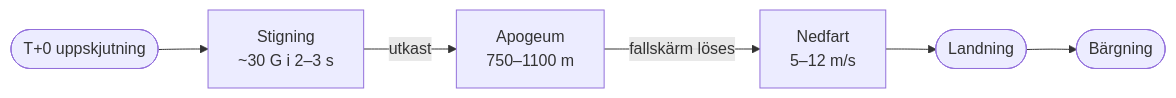
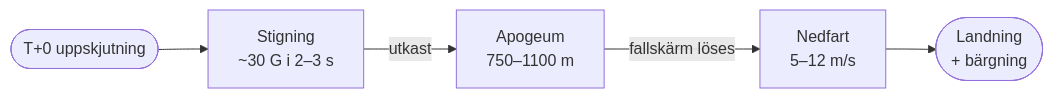
Before and after one commit to oskuhansson/can-sat: the diagram in dokument/CANSAT-GRUND.md, drawn with Mermaid. The commit also changed 4 other files, not shown here.

````diff
--- a/dokument/CANSAT-GRUND.md
+++ b/dokument/CANSAT-GRUND.md
@@ -34,14 +34,12 @@
 ```mermaid
 flowchart LR
     T0(["T+0 uppskjutning"])
     BOOST["Stigning<br/>~30 G i 2–3 s"]
     APOGEE["Apogeum<br/>750–1100 m"]
     DESCENT["Nedfart<br/>5–12 m/s"]
-    LAND(["Landning"])
-    RECOVER(["Bärgning"])
+    LAND(["Landning<br/>+ bärgning"])
     T0 --> BOOST
     BOOST -->|"utkast"| APOGEE
     APOGEE -->|"fallskärm löses"| DESCENT
     DESCENT --> LAND
-    LAND --> RECOVER
 ```
````
